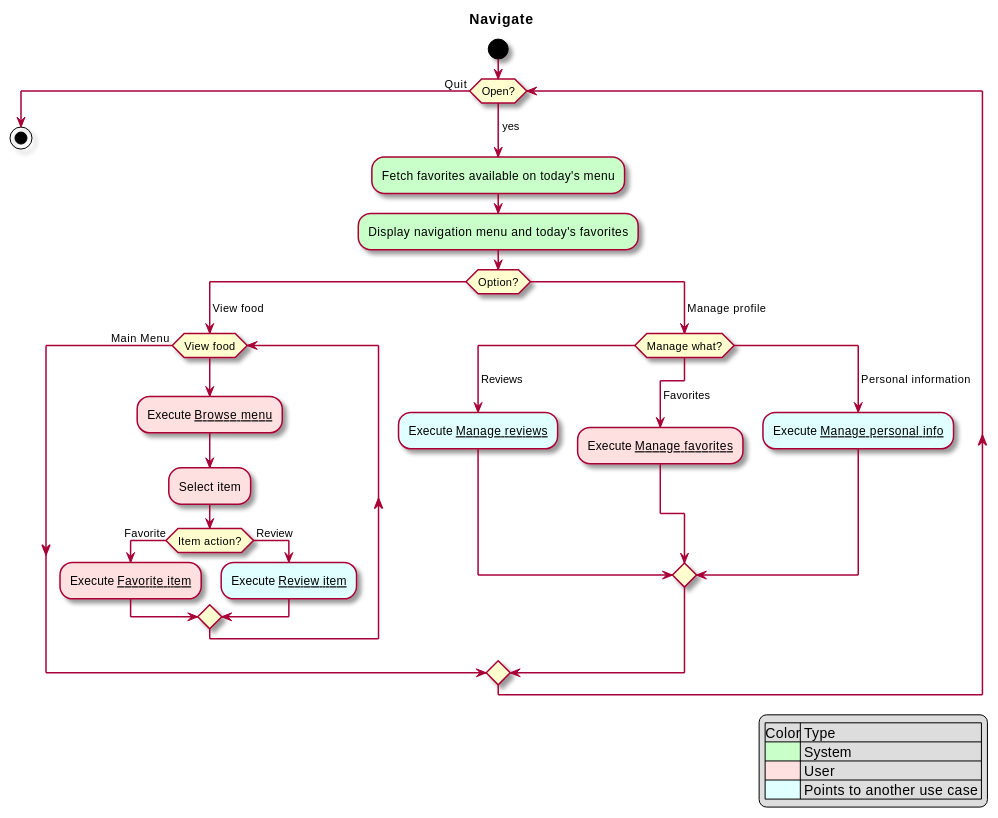
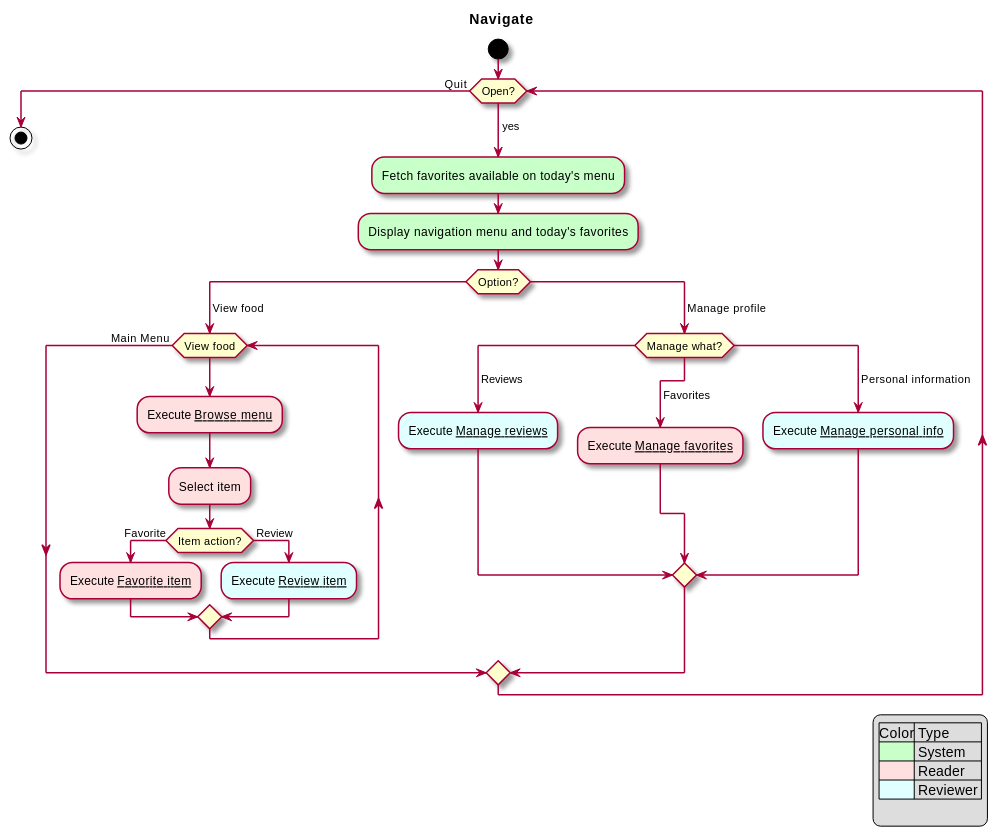
The diagram in intellij/doc/use-cases/navigate.md (sashap100/Vassar-Dining-App), drawn with PlantUML before and after one commit. The commit also changed 6 other files, not shown here.

````diff
--- a/intellij/doc/use-cases/navigate.md
+++ b/intellij/doc/use-cases/navigate.md
@@ -28,41 +28,42 @@
 ```plantuml
 @startuml
 
 skin rose
 title Navigate
 legend right
     |Color| Type |
     |<#technology>| System |
-    |<#implementation>| User |
-    | <#LightCyan> | Points to another use case |
+    |<#implementation>| Reader |
+    |<#LightCyan>| Reviewer |
+    
 endlegend
 start
 while (Open?) is (\nyes)
 #technology:Fetch favorites available on today's menu;
 #technology:Display navigation menu and today's favorites;
 switch (Option?)
     case ( View food)
         while (View food) is ( )
             #implementation:Execute __Browse menu__;
             #implementation:Select item;
             if (Item action?) then (Favorite)
                 #implementation:Execute __Favorite item__;
             else ( Review)
                 #LightCyan:Execute __Review item__;
             endif
         endwhile (Main Menu )
     case ( Manage profile)
         switch (Manage what?)
             case ( Reviews)
                 #LightCyan:Execute __Manage reviews__;
             case (\n Favorites)
             
                 #implementation:Execute __Manage favorites__;
             case ( Personal information)
                 #LightCyan:Execute __Manage personal info__;
         endswitch
 endswitch
 endwhile (Quit )
 stop
 @enduml
 ```
````
